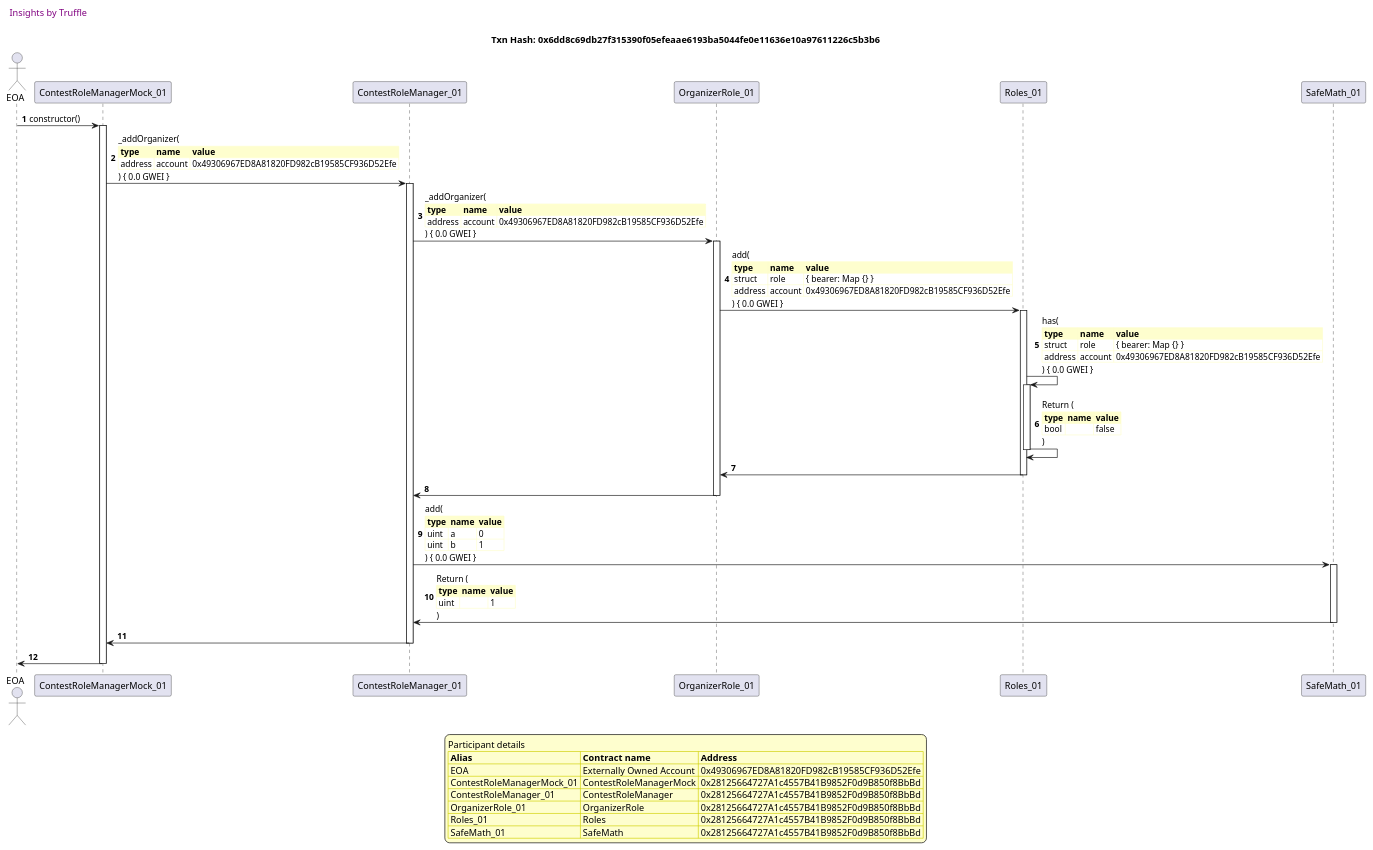
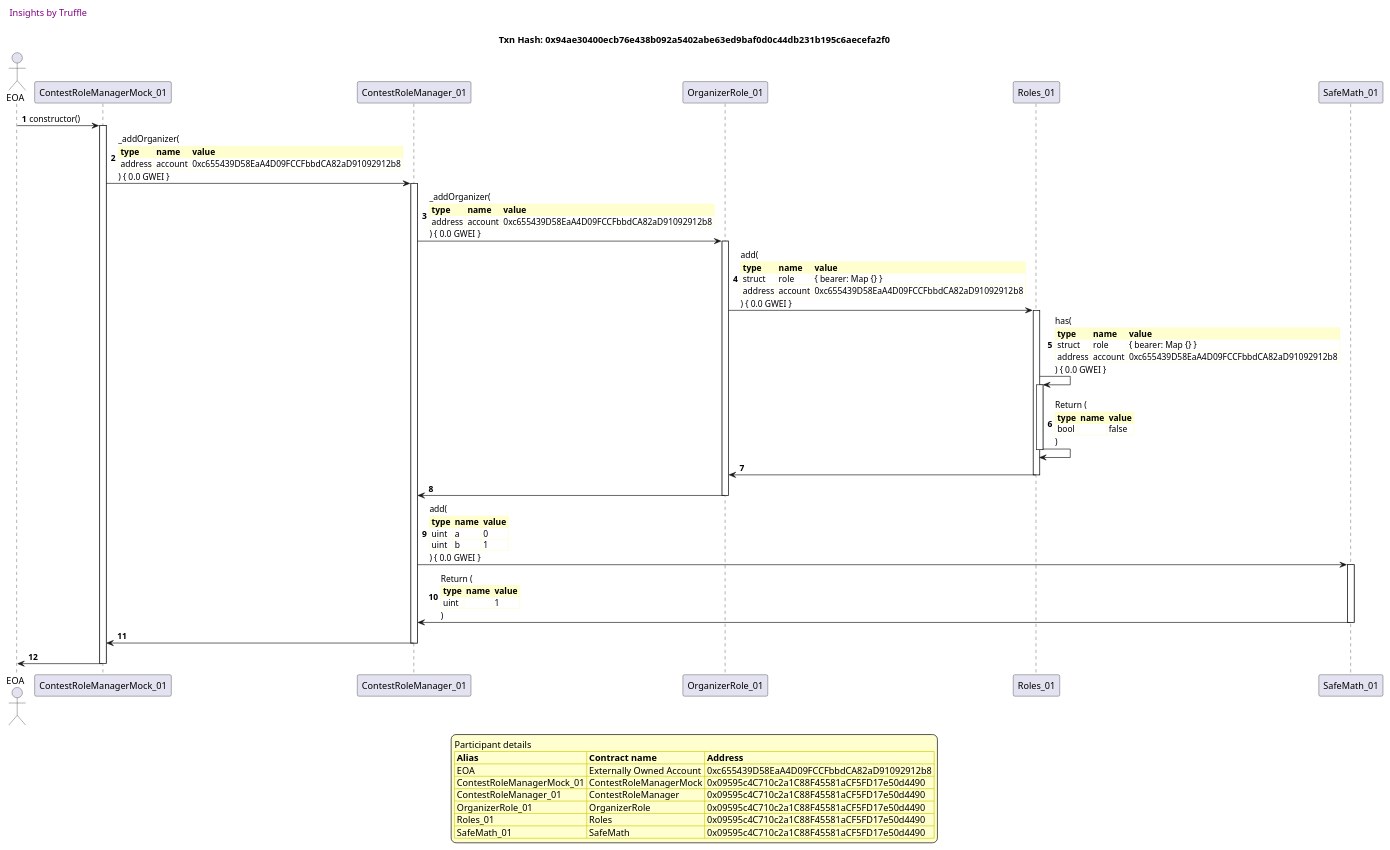
Diagram 15 of 20 in truffle-seq/roles_contestrolemanager.md (fodisi/hackapay), drawn with PlantUML before and after one commit. The commit also changed other lines of this file and 10 other files, not shown here.

````diff
--- a/truffle-seq/roles_contestrolemanager.md
+++ b/truffle-seq/roles_contestrolemanager.md
@@ -1375,79 +1363,79 @@
 ```plantuml
 
 
 @startuml
 
 autonumber
 skinparam legendBackgroundColor #FEFECE
 
 <style>
       header {
         HorizontalAlignment left
         FontColor purple
         FontSize 14
         Padding 10
       }
     </style>
 
 header Insights by Truffle
 
-title Txn Hash: 0x6dd8c69db27f315390f05efeaae6193ba5044fe0e11636e10a97611226c5b3b6
+title Txn Hash: 0x94ae30400ecb76e438b092a5402abe63ed9baf0d0c44db231b195c6aecefa2f0
 
 
 actor EOA as "EOA"
 participant ContestRoleManagerMock_01 as "ContestRoleManagerMock_01"
 participant ContestRoleManager_01 as "ContestRoleManager_01"
 participant OrganizerRole_01 as "OrganizerRole_01"
 participant Roles_01 as "Roles_01"
 participant SafeMath_01 as "SafeMath_01"
 
 "EOA" -> "ContestRoleManagerMock_01" ++: constructor()
 "ContestRoleManagerMock_01" -> "ContestRoleManager_01" ++: _addOrganizer(\n\
 <#FEFECE,#FEFECE>|= type |= name |= value |\n\
-| address | account | 0x49306967ED8A81820FD982cB19585CF936D52Efe |\n\
+| address | account | 0xc655439D58EaA4D09FCCFbbdCA82aD91092912b8 |\n\
 ) { 0.0 GWEI }
 "ContestRoleManager_01" -> "OrganizerRole_01" ++: _addOrganizer(\n\
 <#FEFECE,#FEFECE>|= type |= name |= value |\n\
-| address | account | 0x49306967ED8A81820FD982cB19585CF936D52Efe |\n\
+| address | account | 0xc655439D58EaA4D09FCCFbbdCA82aD91092912b8 |\n\
 ) { 0.0 GWEI }
 "OrganizerRole_01" -> "Roles_01" ++: add(\n\
 <#FEFECE,#FEFECE>|= type |= name |= value |\n\
 | struct | role | { bearer: Map {} } |\n\
-| address | account | 0x49306967ED8A81820FD982cB19585CF936D52Efe |\n\
+| address | account | 0xc655439D58EaA4D09FCCFbbdCA82aD91092912b8 |\n\
 ) { 0.0 GWEI }
 "Roles_01" -> "Roles_01" ++: has(\n\
 <#FEFECE,#FEFECE>|= type |= name |= value |\n\
 | struct | role | { bearer: Map {} } |\n\
-| address | account | 0x49306967ED8A81820FD982cB19585CF936D52Efe |\n\
+| address | account | 0xc655439D58EaA4D09FCCFbbdCA82aD91092912b8 |\n\
 ) { 0.0 GWEI }
 "Roles_01" -> "Roles_01" --: Return (\n\
 <#FEFECE,#FEFECE>|= type |= name |= value |\n\
 | bool |  | false |\n\
 )
 "Roles_01" -> "OrganizerRole_01" --: 
 "OrganizerRole_01" -> "ContestRoleManager_01" --: 
 "ContestRoleManager_01" -> "SafeMath_01" ++: add(\n\
 <#FEFECE,#FEFECE>|= type |= name |= value |\n\
 | uint | a | 0 |\n\
 | uint | b | 1 |\n\
 ) { 0.0 GWEI }
 "SafeMath_01" -> "ContestRoleManager_01" --: Return (\n\
 <#FEFECE,#FEFECE>|= type |= name |= value |\n\
 | uint |  | 1 |\n\
 )
 "ContestRoleManager_01" -> "ContestRoleManagerMock_01" --: 
 "ContestRoleManagerMock_01" -> "EOA" --: 
 
 legend
 Participant details
 <#FEFECE,#D0D000>|= Alias |= Contract name |= Address |
-<#FEFECE>| EOA | Externally Owned Account | 0x49306967ED8A81820FD982cB19585CF936D52Efe |
-<#FEFECE>| ContestRoleManagerMock_01 | ContestRoleManagerMock | 0x28125664727A1c4557B41B9852F0d9B850f8BbBd |
-<#FEFECE>| ContestRoleManager_01 | ContestRoleManager | 0x28125664727A1c4557B41B9852F0d9B850f8BbBd |
-<#FEFECE>| OrganizerRole_01 | OrganizerRole | 0x28125664727A1c4557B41B9852F0d9B850f8BbBd |
-<#FEFECE>| Roles_01 | Roles | 0x28125664727A1c4557B41B9852F0d9B850f8BbBd |
-<#FEFECE>| SafeMath_01 | SafeMath | 0x28125664727A1c4557B41B9852F0d9B850f8BbBd |
+<#FEFECE>| EOA | Externally Owned Account | 0xc655439D58EaA4D09FCCFbbdCA82aD91092912b8 |
+<#FEFECE>| ContestRoleManagerMock_01 | ContestRoleManagerMock | 0x09595c4C710c2a1C88F45581aCF5FD17e50d4490 |
+<#FEFECE>| ContestRoleManager_01 | ContestRoleManager | 0x09595c4C710c2a1C88F45581aCF5FD17e50d4490 |
+<#FEFECE>| OrganizerRole_01 | OrganizerRole | 0x09595c4C710c2a1C88F45581aCF5FD17e50d4490 |
+<#FEFECE>| Roles_01 | Roles | 0x09595c4C710c2a1C88F45581aCF5FD17e50d4490 |
+<#FEFECE>| SafeMath_01 | SafeMath | 0x09595c4C710c2a1C88F45581aCF5FD17e50d4490 |
 endlegend
 
 @enduml
 ```
````
